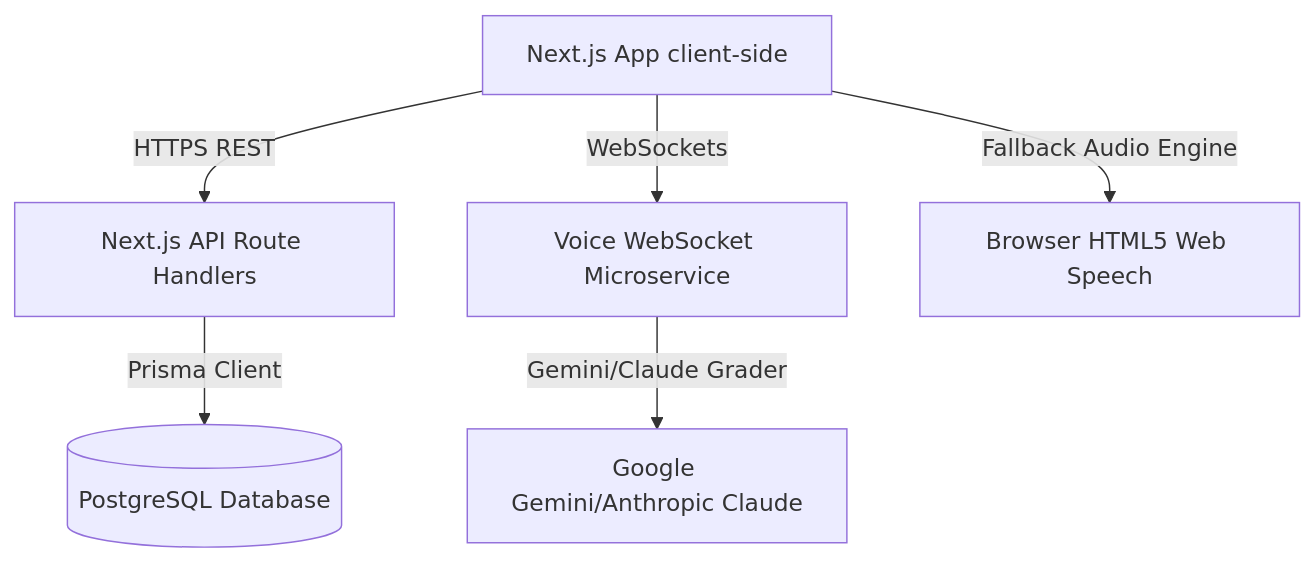
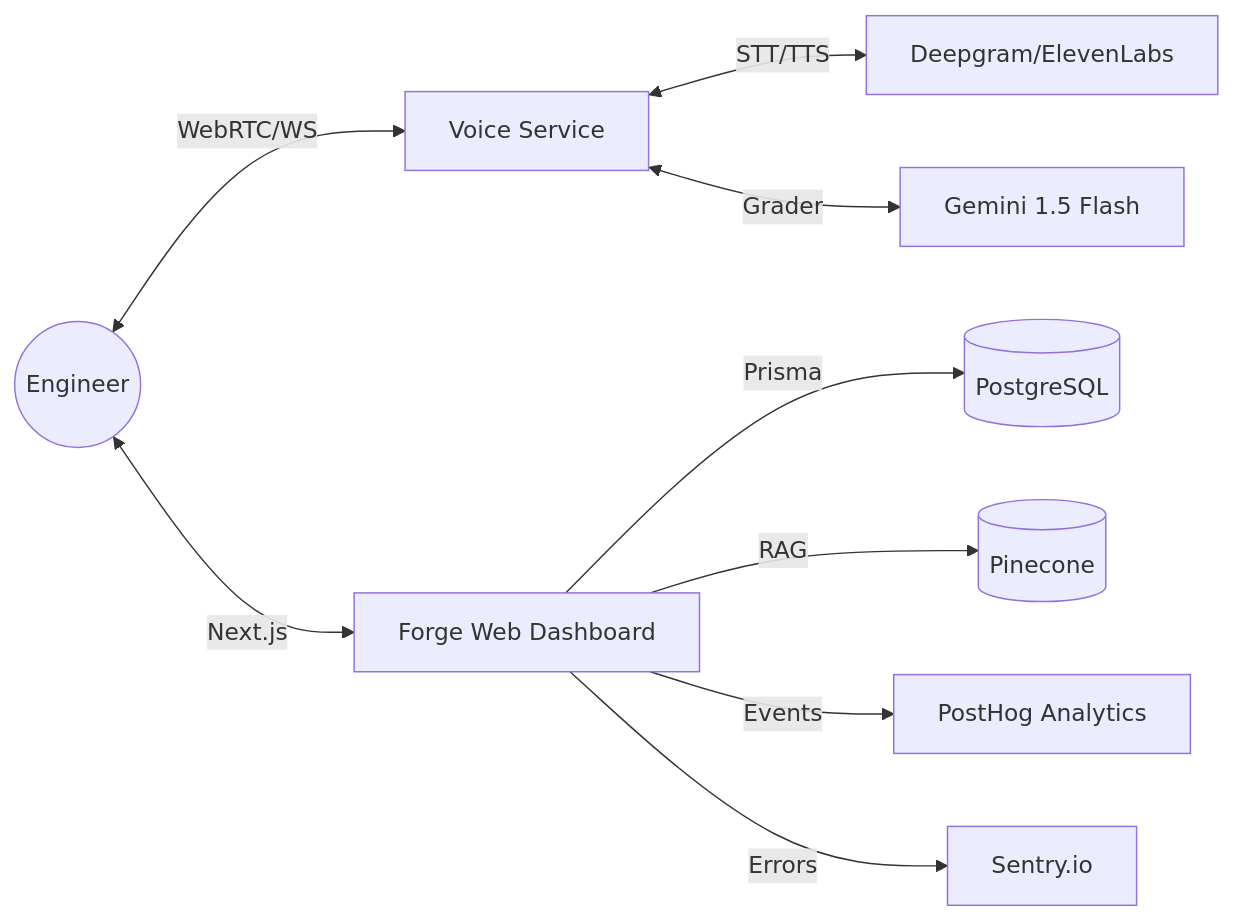
The diagram in README.md (harshmriduhash/Interviewforge-ai), drawn with Mermaid before and after one commit. The commit also changed other lines of this file, not shown here.

````diff
--- a/README.md
+++ b/README.md
@@ -42,8 +56,12 @@
 ```mermaid
-graph TD
-    Client[Next.js App client-side] -->|HTTPS REST| NextAPI[Next.js API Route Handlers]
-    Client -->|WebSockets| VoiceService[Voice WebSocket Microservice]
-    NextAPI -->|Prisma Client| DB[(PostgreSQL Database)]
-    VoiceService -->|Gemini/Claude Grader| LLM[Google Gemini/Anthropic Claude]
-    Client -->|Fallback Audio Engine| WebSpeech[Browser HTML5 Web Speech]
+graph LR
+    User((Engineer)) <-->|WebRTC/WS| VS[Voice Service]
+    VS <-->|STT/TTS| CloudAI[Deepgram/ElevenLabs]
+    VS <-->|Grader| Gemini[Gemini 1.5 Flash]
+    
+    User <-->|Next.js| WebApp[Forge Web Dashboard]
+    WebApp -->|Prisma| PG[(PostgreSQL)]
+    WebApp -->|RAG| PC[(Pinecone)]
+    WebApp -->|Events| PH[PostHog Analytics]
+    WebApp -->|Errors| Sentry[Sentry.io]
 ```
````
